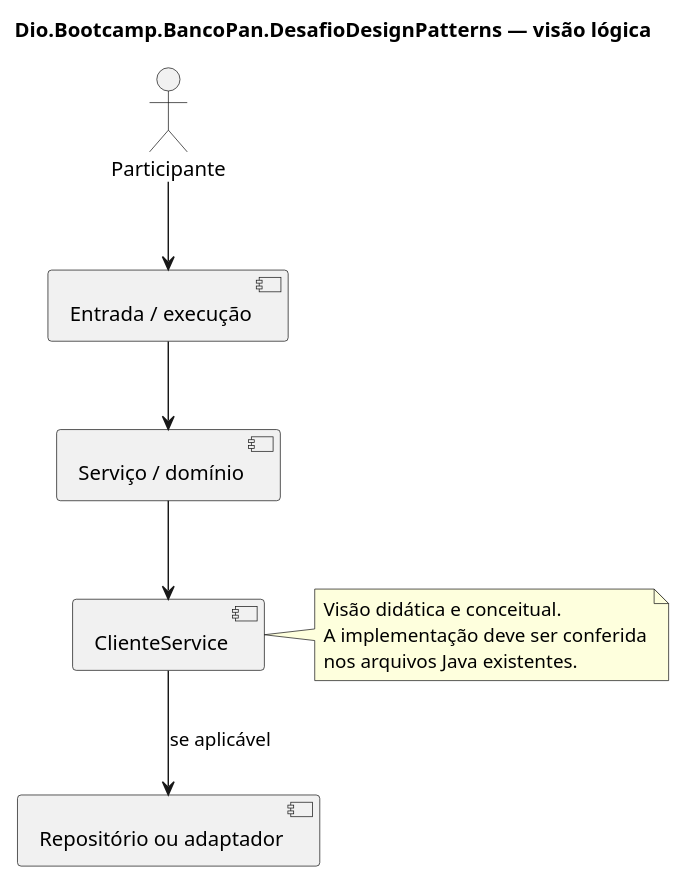
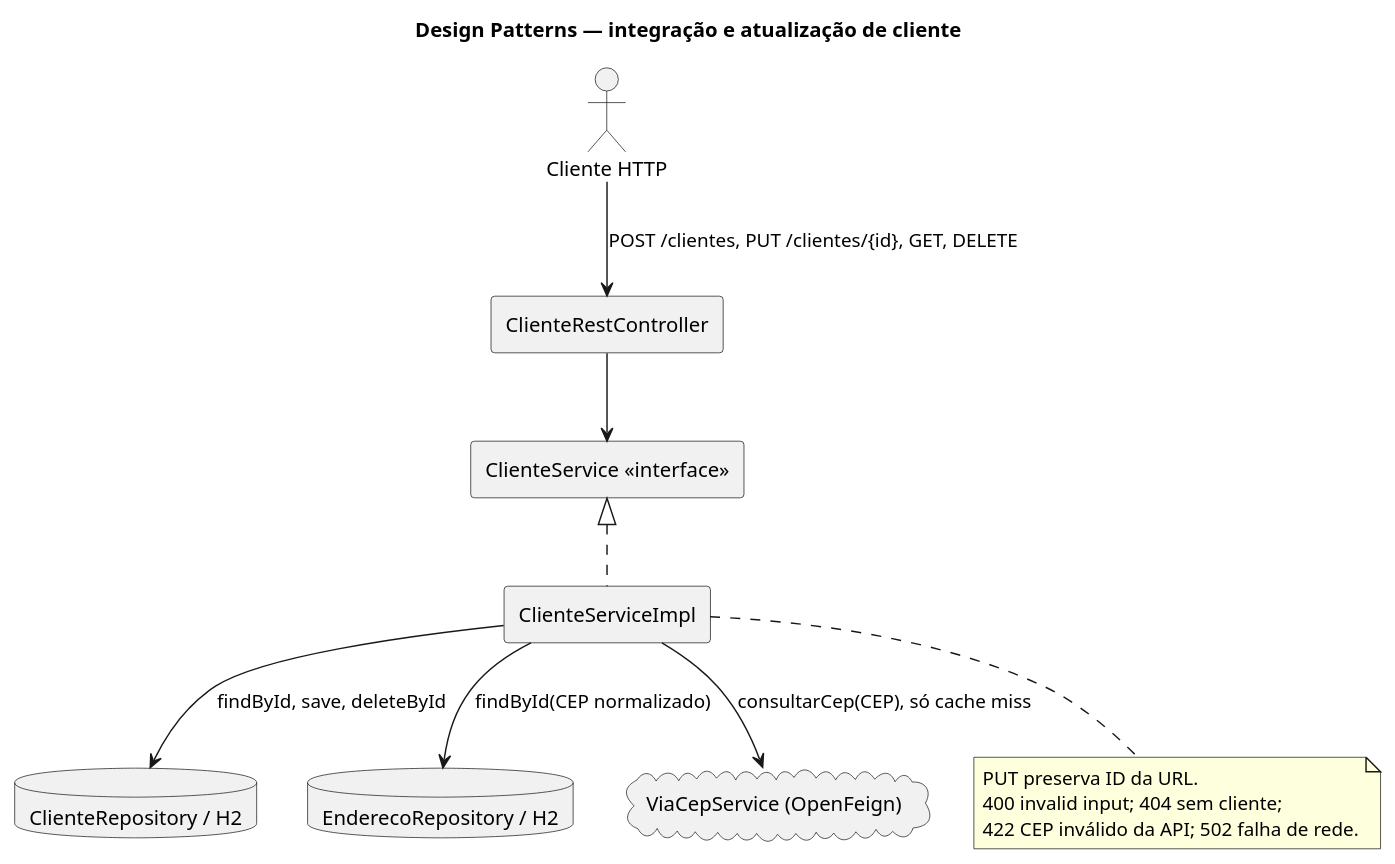
The diagram in docs/UML.puml (DanieldeAlmeida2024/Dio.Bootcamp.BancoPan.DesafioDesignPatterns), drawn with PlantUML before and after one commit. The commit also changed 8 other files, not shown here.

First line of the commit message:
fix(java): corrigir atualização de clientes e CEP na facade (#3)

```diff
--- a/docs/UML.puml
+++ b/docs/UML.puml
@@ -1,17 +1,22 @@
 @startuml
-title Dio.Bootcamp.BancoPan.DesafioDesignPatterns — visão lógica
-actor Participante
-component "Entrada / execução" as Entrada
-component "Serviço / domínio" as Dominio
-component "ClienteService" as Componente
-component "Repositório ou adaptador" as Repositorio
-Participante --> Entrada
-Entrada --> Dominio
-Dominio --> Componente
-Componente --> Repositorio : se aplicável
-note right of Componente
-Visão didática e conceitual.
-A implementação deve ser conferida
-nos arquivos Java existentes.
+title Design Patterns — integração e atualização de cliente
+skinparam componentStyle rectangle
+actor "Cliente HTTP" as User
+component "ClienteRestController" as Controller
+component "ClienteService <<interface>>" as Interface
+component "ClienteServiceImpl" as Facade
+database "ClienteRepository / H2" as Clientes
+database "EnderecoRepository / H2" as Enderecos
+cloud "ViaCepService (OpenFeign)" as ViaCep
+User --> Controller : POST /clientes, PUT /clientes/{id}, GET, DELETE
+Controller --> Interface
+Interface <|.. Facade
+Facade --> Clientes : findById, save, deleteById
+Facade --> Enderecos : findById(CEP normalizado)
+Facade --> ViaCep : consultarCep(CEP), só cache miss
+note bottom of Facade
+  PUT preserva ID da URL.
+  400 invalid input; 404 sem cliente;
+  422 CEP inválido da API; 502 falha de rede.
 end note
 @enduml
```
